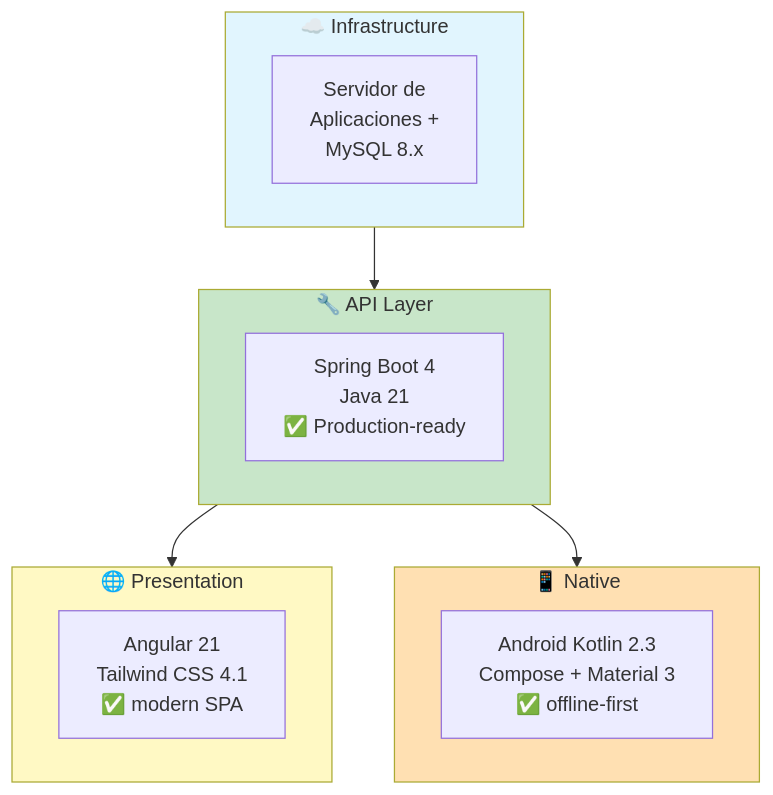
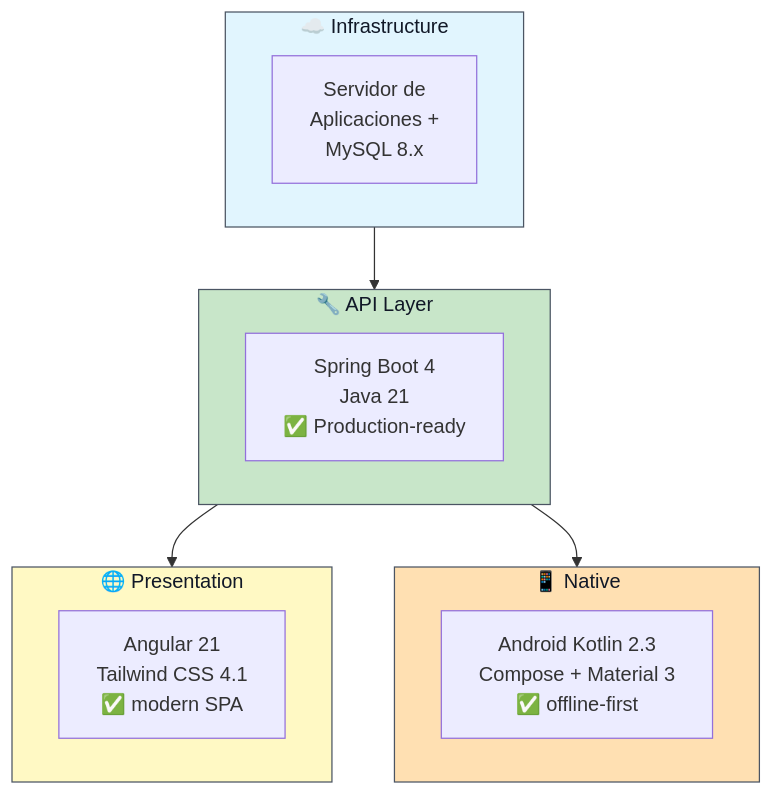
One commit to transparenciapublicadev/plataforma-saip-apelaciones changed the third of 7 diagrams in docs/src/content/docs/introduccion/contexto-proyecto.mdx. Above: the diagram before and after it, drawn with Mermaid. The commit also changed other lines of this file and 4 other files, not shown here.

First line of the commit message:
✨ feat(docs): improve Mermaid contrast and add docs CI workflow

````diff
--- a/docs/src/content/docs/introduccion/contexto-proyecto.mdx
+++ b/docs/src/content/docs/introduccion/contexto-proyecto.mdx
@@ -136,27 +136,27 @@
 ```mermaid
 graph TB
     subgraph Cloud["☁️ Infrastructure"]
         AWS["Servidor de<br/>Aplicaciones +<br/>MySQL 8.x"]
     end
     
     subgraph Backend["🔧 API Layer"]
         Spring["Spring Boot 4<br/>Java 21<br/>✅ Production-ready"]
     end
     
     subgraph Frontend["🌐 Presentation"]
         Angular["Angular 21<br/>Tailwind CSS 4.1<br/>✅ modern SPA"]
     end
     
     subgraph Mobile["📱 Native"]
         Android["Android Kotlin 2.3<br/>Compose + Material 3<br/>✅ offline-first"]
     end
     
     Cloud --> Backend
     Backend --> Frontend
     Backend --> Mobile
     
-    style Cloud fill:#e1f5fe
-    style Backend fill:#c8e6c9
-    style Frontend fill:#fff9c4
-    style Mobile fill:#ffe0b2
+    style Cloud fill:#e1f5fe,color:#111827,stroke:#4b5563,stroke-width:1px
+    style Backend fill:#c8e6c9,color:#111827,stroke:#4b5563,stroke-width:1px
+    style Frontend fill:#fff9c4,color:#111827,stroke:#4b5563,stroke-width:1px
+    style Mobile fill:#ffe0b2,color:#111827,stroke:#4b5563,stroke-width:1px
 ```
````
